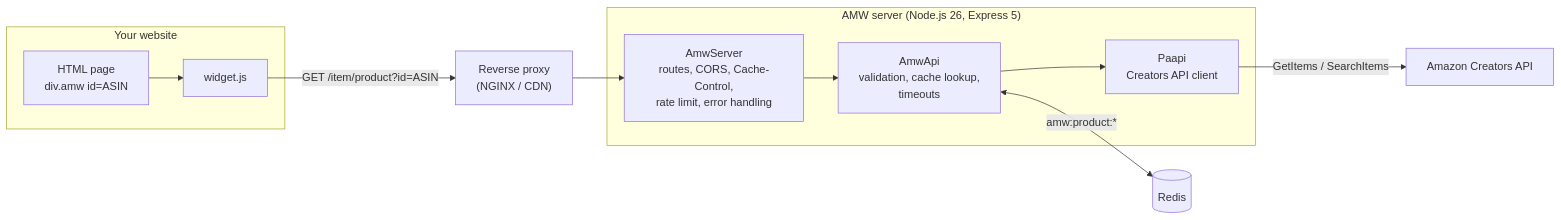
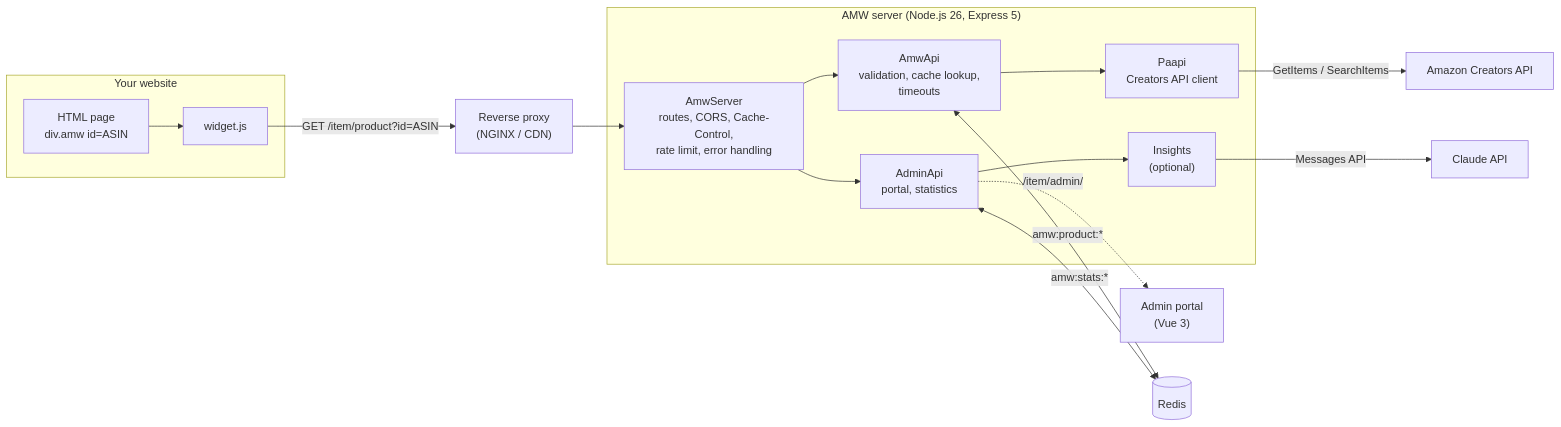
The first of 2 diagrams in docs/developer/architecture.md (ltoinel/amw), drawn with Mermaid before and after one commit. The commit also changed other lines of this file and 6 other files, not shown here.

First line of the commit message:
docs: catch up the reference pages with the admin portal, insights and widget changes (#245)

````diff
--- a/docs/developer/architecture.md
+++ b/docs/developer/architecture.md
@@ -5,14 +5,19 @@
 ```mermaid
 flowchart LR
     subgraph Site["Your website"]
         Page["HTML page<br/>div.amw id=ASIN"] --> Widget["widget.js"]
     end
     Widget -->|"GET /item/product?id=ASIN"| Proxy["Reverse proxy<br/>(NGINX / CDN)"]
     Proxy --> Server
     subgraph AMW["AMW server (Node.js 26, Express 5)"]
         Server["AmwServer<br/>routes, CORS, Cache-Control,<br/>rate limit, error handling"] --> Api["AmwApi<br/>validation, cache lookup,<br/>timeouts"]
         Api --> Paapi["Paapi<br/>Creators API client"]
+        Server --> Admin["AdminApi<br/>portal, statistics"]
+        Admin --> Insights["Insights<br/>(optional)"]
     end
+    Admin -.->|"/item/admin/"| Portal["Admin portal<br/>(Vue 3)"]
     Api <-->|"amw:product:*"| Redis[("Redis")]
+    Admin <-->|"amw:stats:*"| Redis
     Paapi -->|"GetItems / SearchItems"| Amazon["Amazon Creators API"]
+    Insights -->|"Messages API"| Claude["Claude API"]
 ```
````
